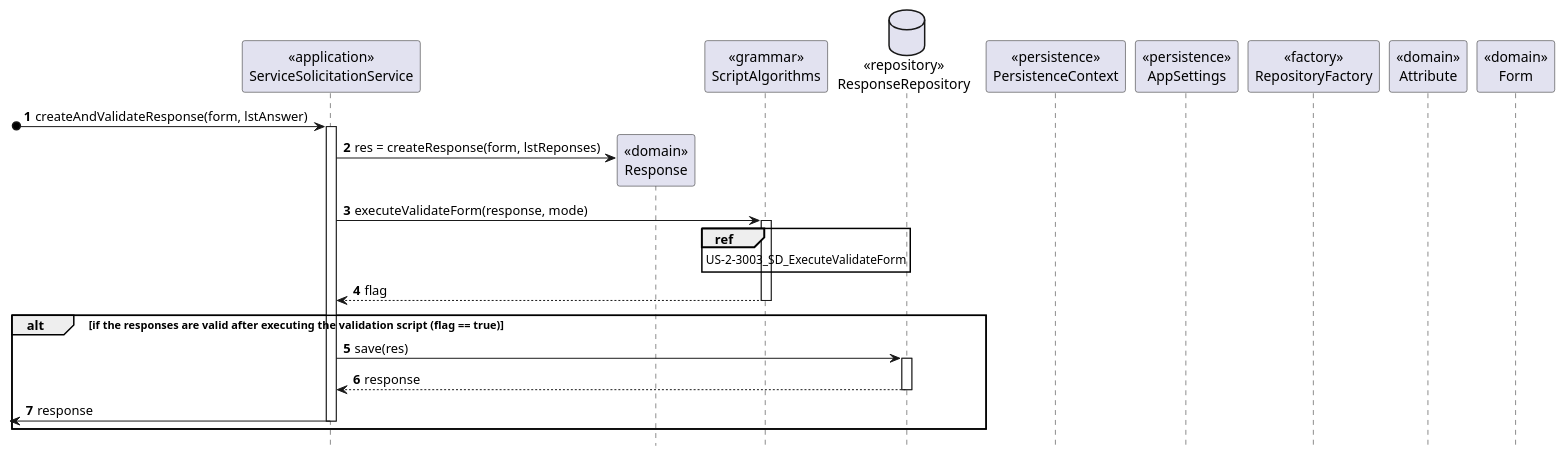
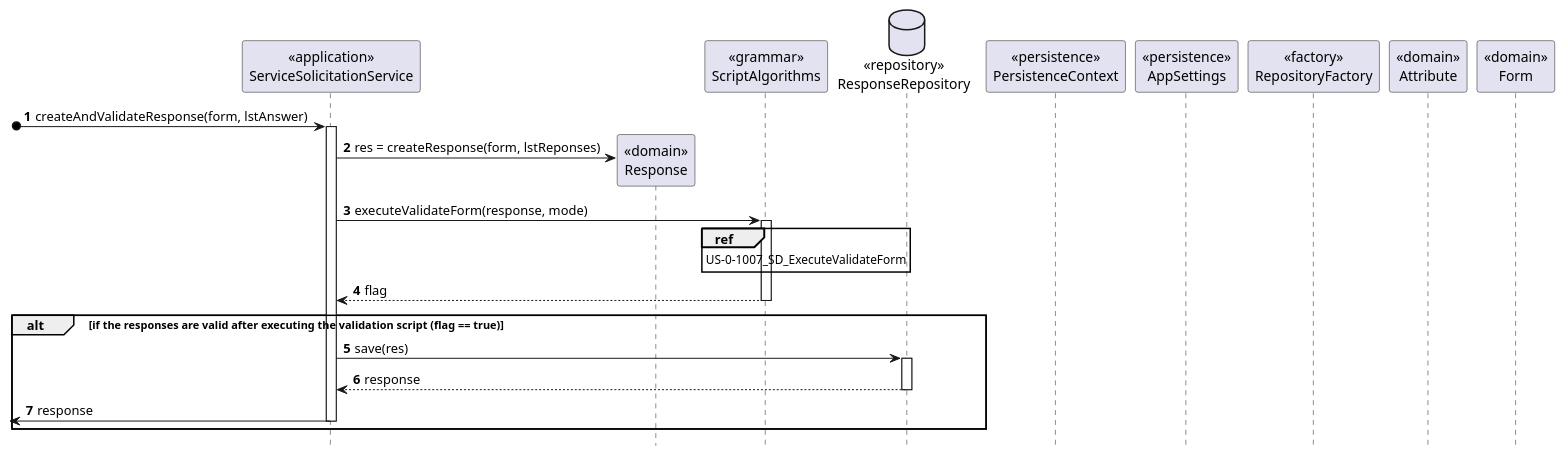
The diagram in doc/engenharia/SprintD/1190967/US-2-3003_CompleteTicket/US-2-3003_SD_CreateAndValidateResponse.puml (tiagoavcosta25/LAPR4), drawn with PlantUML before and after one commit.

Commit message:
LAPR4-177 #review #fixing [US-0-3003] SD Refinement

```diff
--- a/doc/engenharia/SprintD/1190967/US-2-3003_CompleteTicket/US-2-3003_SD_CreateAndValidateResponse.puml
+++ b/doc/engenharia/SprintD/1190967/US-2-3003_CompleteTicket/US-2-3003_SD_CreateAndValidateResponse.puml
@@ -1,43 +1,43 @@
 @startuml
 autonumber
 hide footbox
 
 participant "<<application>>\nServiceSolicitationService" as SRV
 participant "<<domain>>\nResponse" as RS
 participant "<<grammar>>\nScriptAlgorithms" as SA
 database "<<repository>>\nResponseRepository" as RR
 participant "<<persistence>>\nPersistenceContext" as PC
 participant "<<persistence>>\nAppSettings" as AS
 participant "<<factory>>\nRepositoryFactory" as RF
 participant "<<domain>>\nAttribute" as A
 participant "<<domain>>\nForm" as F
 
 [o-> SRV : createAndValidateResponse(form, lstAnswer)
 activate SRV
 
 SRV -> RS** : res = createResponse(form, lstReponses)
 
 SRV -> SA : executeValidateForm(response, mode)
 activate SA
 
 ref over SA
-  US-2-3003_SD_ExecuteValidateForm
+  US-0-1007_SD_ExecuteValidateForm
 end ref
 
 SA --> SRV : flag
 deactivate SA
 
 alt if the responses are valid after executing the validation script (flag == true)
 
 SRV -> RR : save(res)
 activate RR
 
 RR --> SRV : response
 deactivate RR
 
 <- SRV : response
 deactivate SRV
 
 end
 
 @enduml
```
